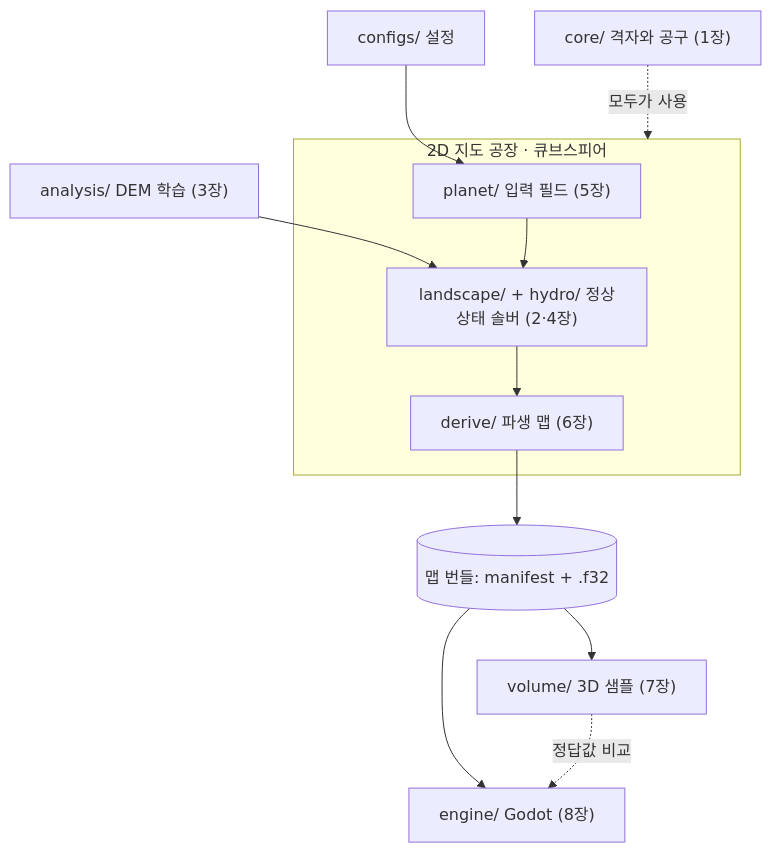
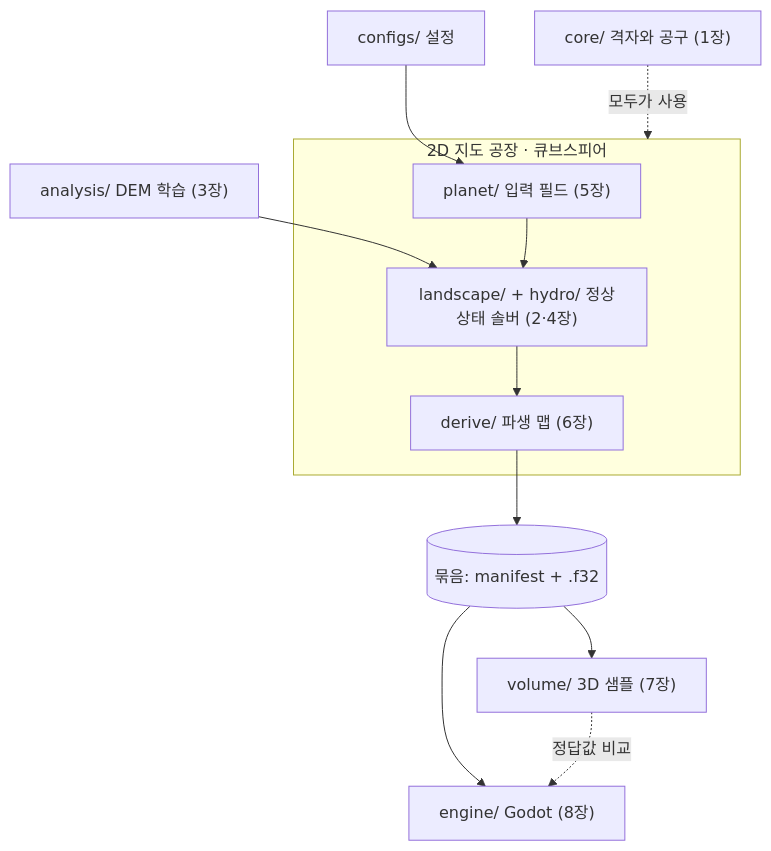
Before and after one commit to CAU-8/B-PCG: the first of 3 diagrams in docs/guide/planet_guide.md, drawn with Mermaid. The commit also changed other lines of this file and 2 other files, not shown here.

````diff
--- a/docs/guide/planet_guide.md
+++ b/docs/guide/planet_guide.md
@@ -28,14 +63,14 @@
 ```mermaid
 flowchart TD
     A["configs/ 설정"] --> P1
     B["analysis/ DEM 학습 (3장)"] --> P2
     subgraph PIPE["2D 지도 공장 · 큐브스피어"]
         P1["planet/ 입력 필드 (5장)"] --> P2["landscape/ + hydro/ 정상상태 솔버 (2·4장)"]
         P2 --> P3["derive/ 파생 맵 (6장)"]
     end
     G["core/ 격자와 공구 (1장)"] -. 모두가 사용 .-> PIPE
-    P3 --> BUN[("맵 번들: manifest + .f32")]
+    P3 --> BUN[("묶음: manifest + .f32")]
     BUN --> V["volume/ 3D 샘플 (7장)"]
     BUN --> E["engine/ Godot (8장)"]
     V -. 정답값 비교 .-> E
 ```
````
